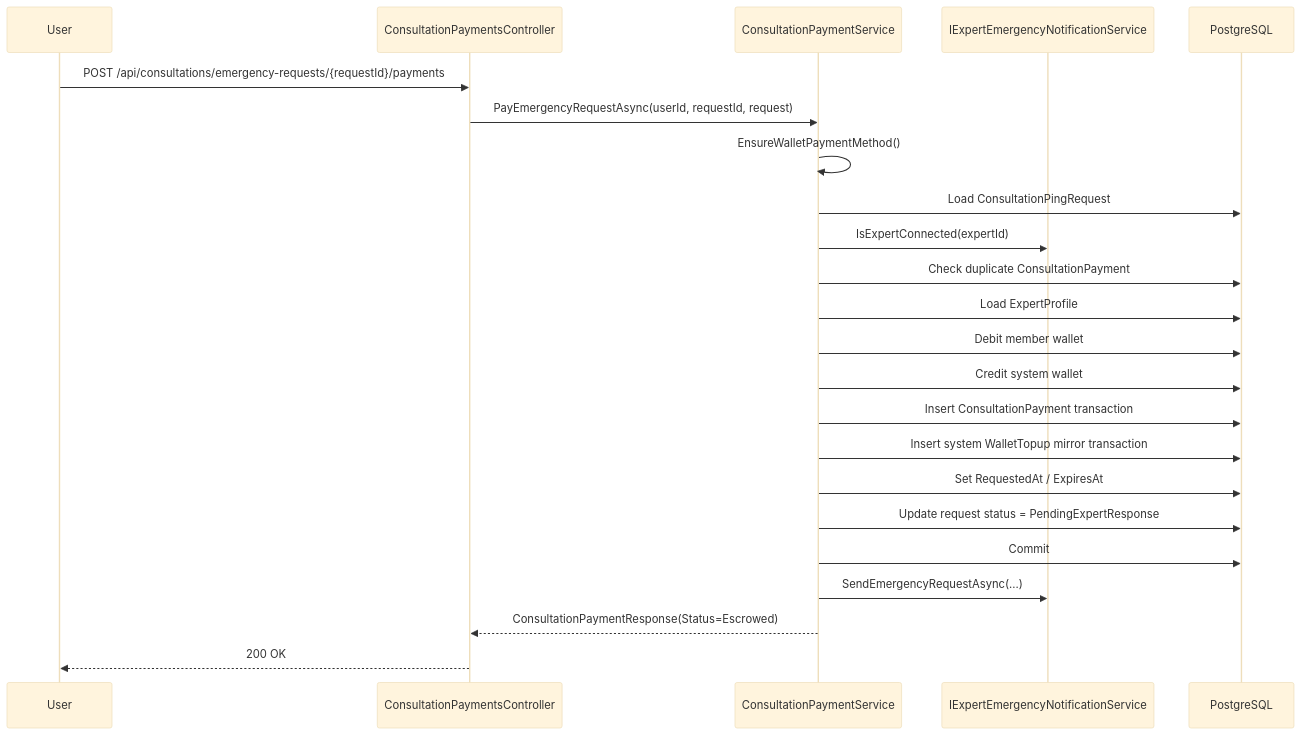
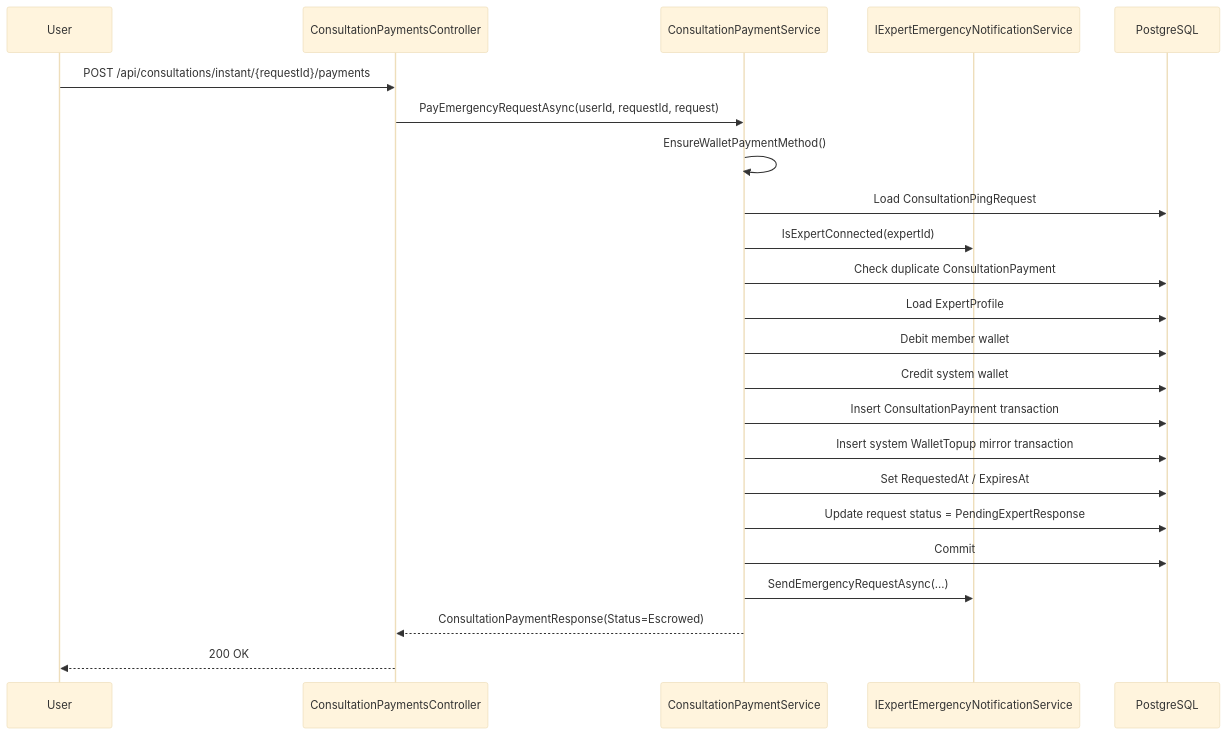
The second of 6 diagrams in Docs/05-Backend/01-flows/P3-consulting/Consultation API Implement/operations/05-payment-and-stabilization/analysis/03-sequence-flows.md (Snake-AID/SnakeAid.Docs), drawn with Mermaid (base theme) before and after one commit. The commit also changed other lines of this file and 16 other files, not shown here.

````diff
--- a/Docs/05-Backend/01-flows/P3-consulting/Consultation API Implement/operations/05-payment-and-stabilization/analysis/03-sequence-flows.md
+++ b/Docs/05-Backend/01-flows/P3-consulting/Consultation API Implement/operations/05-payment-and-stabilization/analysis/03-sequence-flows.md
@@ -46,26 +46,26 @@
 ```mermaid
 sequenceDiagram
     participant User
     participant API as ConsultationPaymentsController
     participant Pay as ConsultationPaymentService
     participant Notify as IExpertEmergencyNotificationService
     participant DB as PostgreSQL
 
-    User->>API: POST /api/consultations/emergency-requests/{requestId}/payments
+    User->>API: POST /api/consultations/instant/{requestId}/payments
     API->>Pay: PayEmergencyRequestAsync(userId, requestId, request)
     Pay->>Pay: EnsureWalletPaymentMethod()
     Pay->>DB: Load ConsultationPingRequest
     Pay->>Notify: IsExpertConnected(expertId)
     Pay->>DB: Check duplicate ConsultationPayment
     Pay->>DB: Load ExpertProfile
     Pay->>DB: Debit member wallet
     Pay->>DB: Credit system wallet
     Pay->>DB: Insert ConsultationPayment transaction
     Pay->>DB: Insert system WalletTopup mirror transaction
     Pay->>DB: Set RequestedAt / ExpiresAt
     Pay->>DB: Update request status = PendingExpertResponse
     Pay->>DB: Commit
     Pay->>Notify: SendEmergencyRequestAsync(...)
     Pay-->>API: ConsultationPaymentResponse(Status=Escrowed)
     API-->>User: 200 OK
 ```
````
